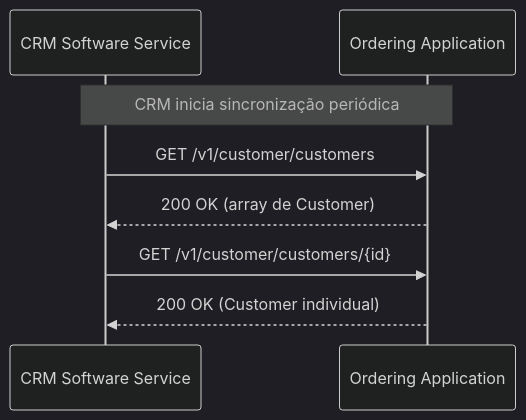
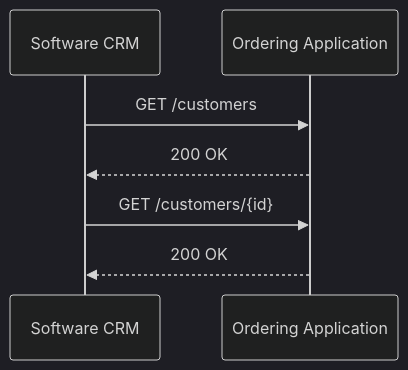
One commit to Abrasel-Nacional/opendelivery-v2 changed the second of 4 diagrams in docs/protocol/customer.md. Above: the diagram before and after it, drawn with Mermaid (dark theme). The commit also changed other lines of this file and 230 other files, not shown here.

````diff
--- a/docs/protocol/customer.md
+++ b/docs/protocol/customer.md
@@ -124,12 +138,10 @@
 ```mermaid
 sequenceDiagram
-    participant CRM as CRM Software Service
-    participant OA as Ordering Application
+ participant SS as Software CRM
+ participant OA as Ordering Application
 
-    Note over CRM,OA: CRM inicia sincronização periódica
-    CRM->>OA: GET /v1/customer/customers
-    OA-->>CRM: 200 OK (array de Customer)
-
-    CRM->>OA: GET /v1/customer/customers/{id}
-    OA-->>CRM: 200 OK (Customer individual)
+ SS->>OA: GET /customers
+ OA-->>SS: 200 OK
+ SS->>OA: GET /customers/{id}
+ OA-->>SS: 200 OK
 ```
````
